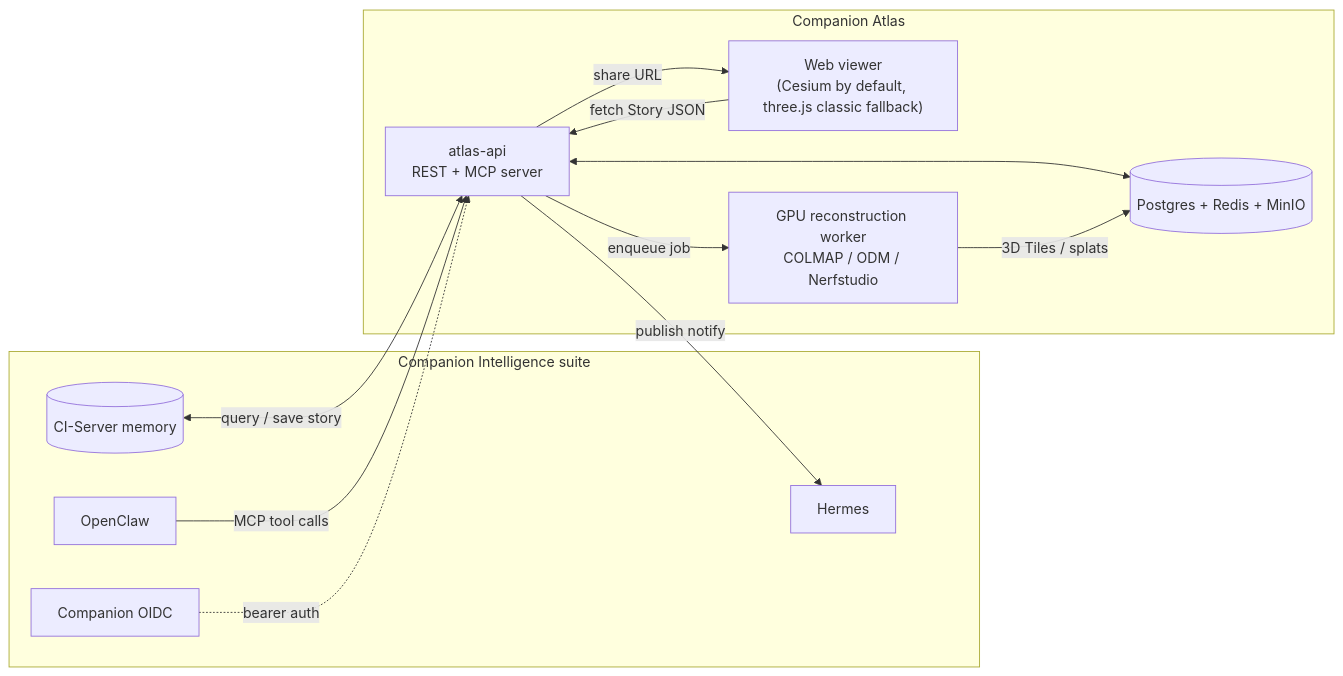
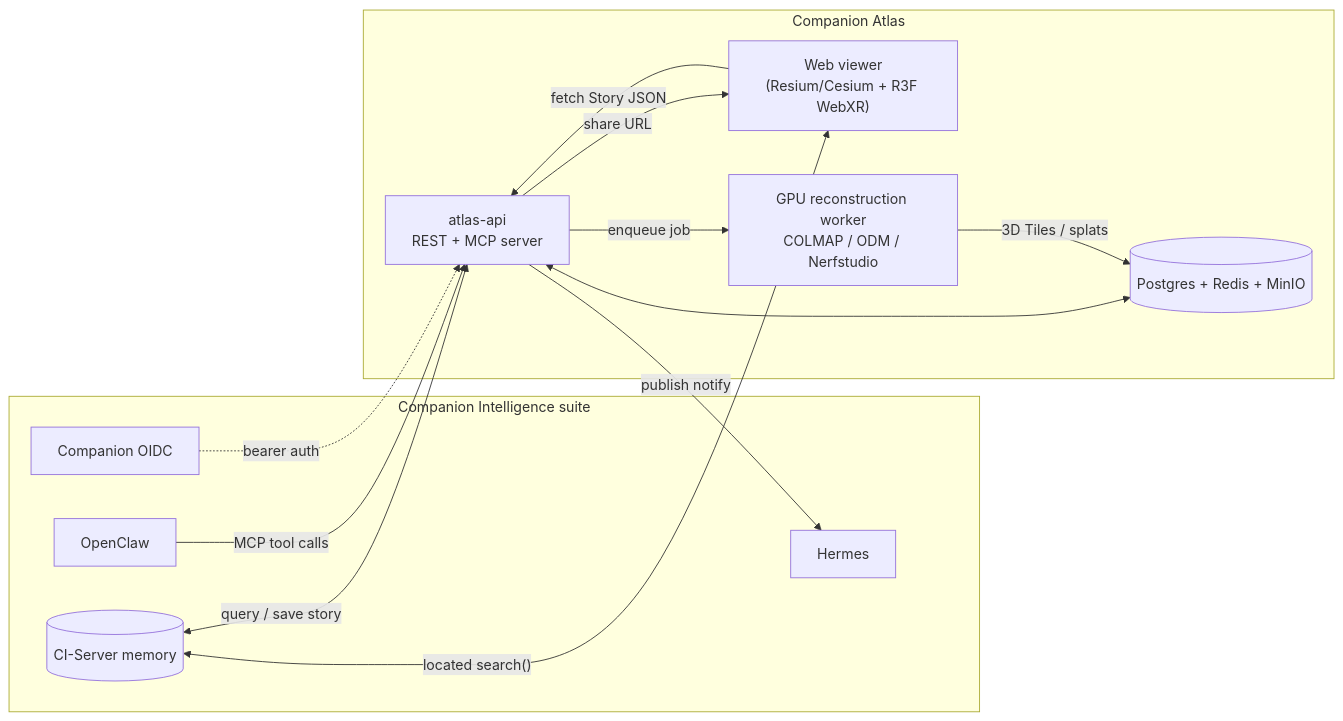
One commit to companionintelligence/CI-Spatial-Atlas changed the first of 5 diagrams in docs/architecture.md. Above: the diagram before and after it, drawn with Mermaid. The commit also changed other lines of this file and 152 other files, not shown here.

````diff
--- a/docs/architecture.md
+++ b/docs/architecture.md
@@ -12,26 +13,27 @@
 ```mermaid
 flowchart LR
     subgraph Suite["Companion Intelligence suite"]
         Memory[("CI-Server memory")]
         OpenClaw["OpenClaw"]
         Hermes["Hermes"]
         OIDC["Companion OIDC"]
     end
 
     subgraph Atlas["Companion Atlas"]
-        Viewer["Web viewer<br/>(Cesium by default, three.js classic fallback)"]
+        Viewer["Web viewer<br/>(Resium/Cesium + R3F WebXR)"]
         API["atlas-api<br/>REST + MCP server"]
         Worker["GPU reconstruction worker<br/>COLMAP / ODM / Nerfstudio"]
         Store[("Postgres + Redis + MinIO")]
     end
 
     Memory <-- "query / save story" --> API
+    Memory <-- "located search()" --> Viewer
     OpenClaw -- "MCP tool calls" --> API
     API -- "publish notify" --> Hermes
     OIDC -. "bearer auth" .-> API
     API <--> Store
     API -- "enqueue job" --> Worker
     Worker -- "3D Tiles / splats" --> Store
     Viewer -- "fetch Story JSON" --> API
     API -- "share URL" --> Viewer
 ```
````
